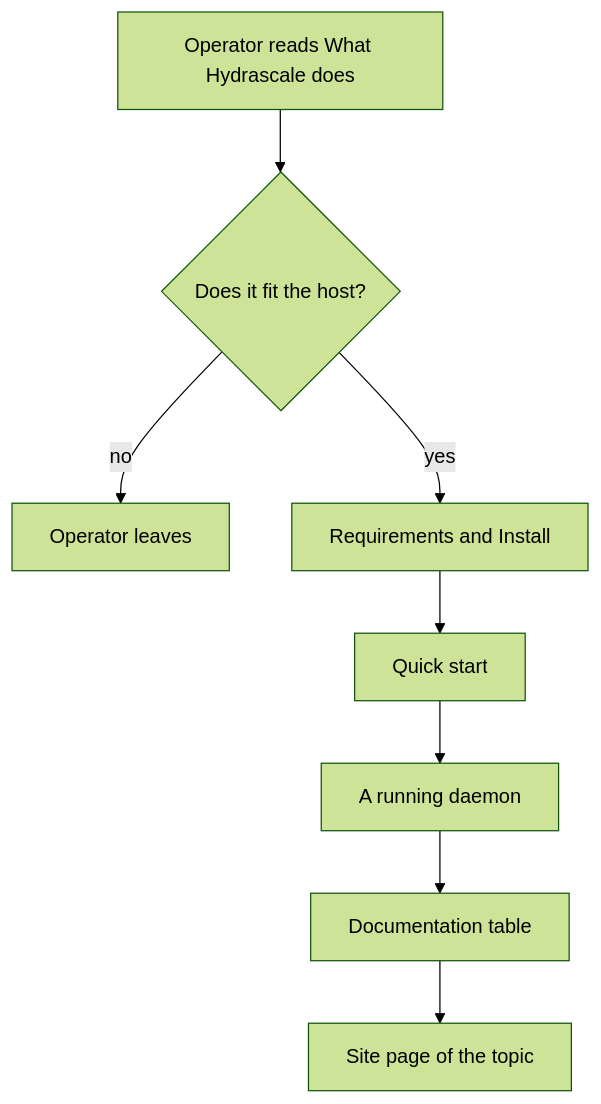
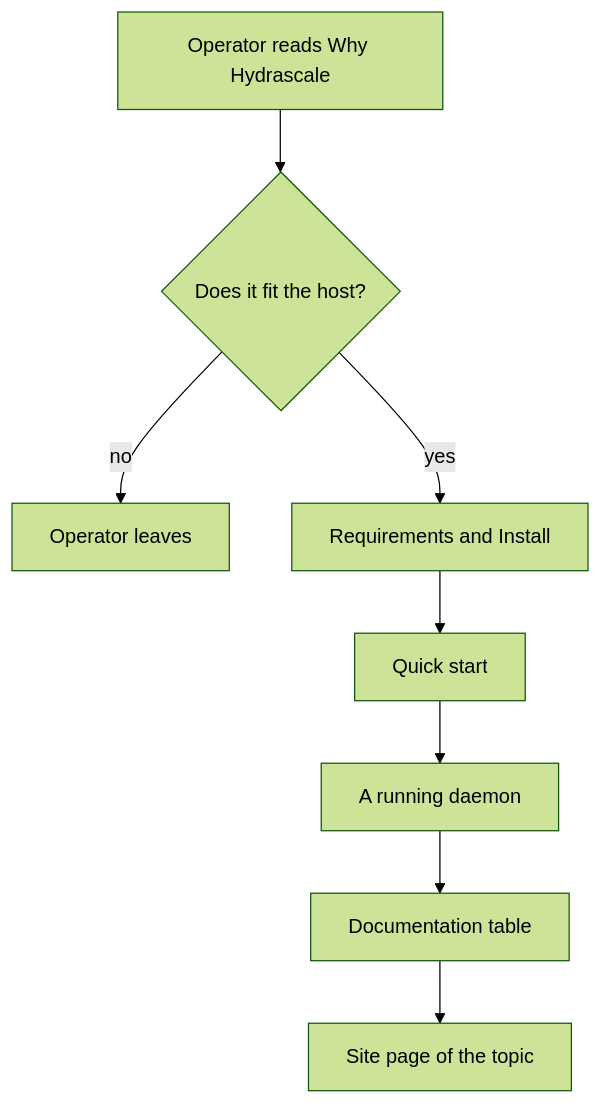
One commit to Crank-Git/Hydrascale changed the diagram in docs/specs/features/15-readme-slim.md. Above: the diagram before and after it, drawn with Mermaid (forest theme). The commit also changed other lines of this file and 5 other files, not shown here.

````diff
--- a/docs/specs/features/15-readme-slim.md
+++ b/docs/specs/features/15-readme-slim.md
@@ -73,10 +73,10 @@
 ```mermaid
 flowchart TD
-  A[Operator reads What Hydrascale does] --> B{Does it fit the host?}
+  A[Operator reads Why Hydrascale] --> B{Does it fit the host?}
   B -- no --> C[Operator leaves]
   B -- yes --> D[Requirements and Install]
   D --> E[Quick start]
   E --> F[A running daemon]
   F --> G[Documentation table]
   G --> H[Site page of the topic]
 ```
````
